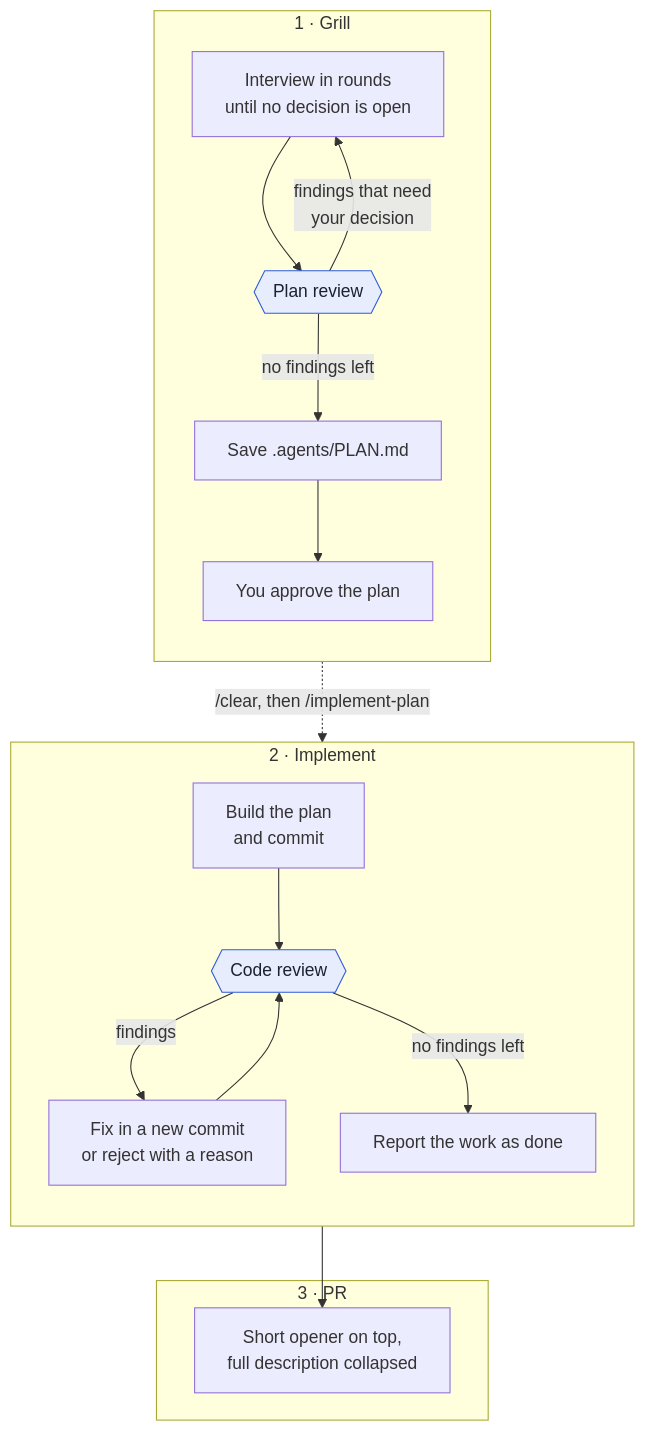
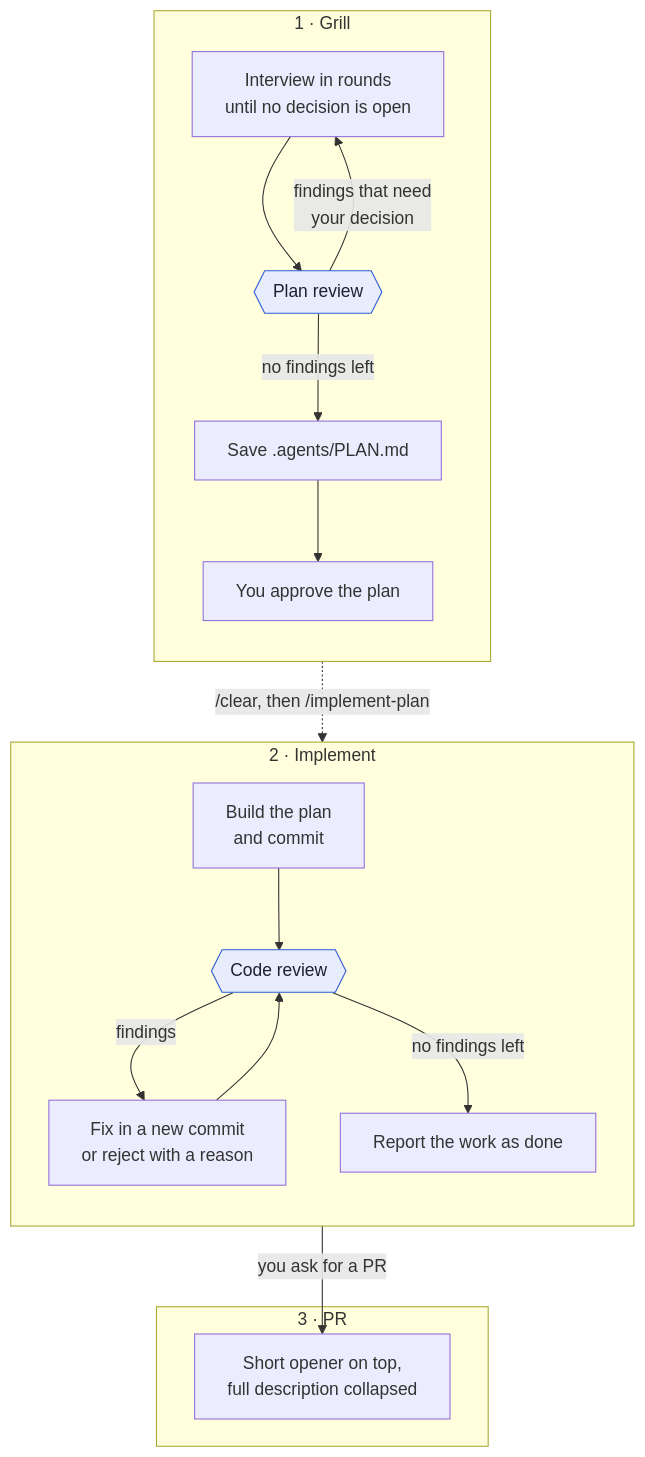
Before and after one commit to filip-be/nuff-plugin: the diagram in README.md, drawn with Mermaid. The commit also changed other lines of this file and 1 other file, not shown here.

Commit message:
Say that the PR step starts when you ask for it
Nothing in nuff-skills opens a pull request by itself: implement-plan
ends at reporting the work as done, and pr-description only runs when
a pull request is being created. The root README's step table and the
diagram in both READMEs implied the PR followed automatically.

Claude-Session: https://claude.ai/code/session_01JepX9tcz3V5Xj2b7Sig4Gq

````diff
--- a/README.md
+++ b/README.md
@@ -13,29 +13,29 @@
 ```mermaid
 flowchart TD
     subgraph grill["1 · Grill"]
         direction TB
         Ask["Interview in rounds<br/>until no decision is open"] --> PlanReview{{"Plan review"}}
         PlanReview -->|"findings that need<br/>your decision"| Ask
         PlanReview -->|"no findings left"| Save["Save .agents/PLAN.md"]
         Save --> Approve["You approve the plan"]
     end
 
     Approve -.->|"/clear, then /implement-plan"| Build
 
     subgraph implement["2 · Implement"]
         direction TB
         Build["Build the plan<br/>and commit"] --> CodeReview{{"Code review"}}
         CodeReview -->|"findings"| Fix["Fix in a new commit<br/>or reject with a reason"]
         Fix --> CodeReview
         CodeReview -->|"no findings left"| Done["Report the work as done"]
     end
 
-    Done --> Describe
+    Done -->|"you ask for a PR"| Describe
 
     subgraph pr["3 · PR"]
         Describe["Short opener on top,<br/>full description collapsed"]
     end
 
     classDef review fill:#e7edfc,stroke:#2e5bd6,color:#1b2130
     class PlanReview,CodeReview review
 ```
````
